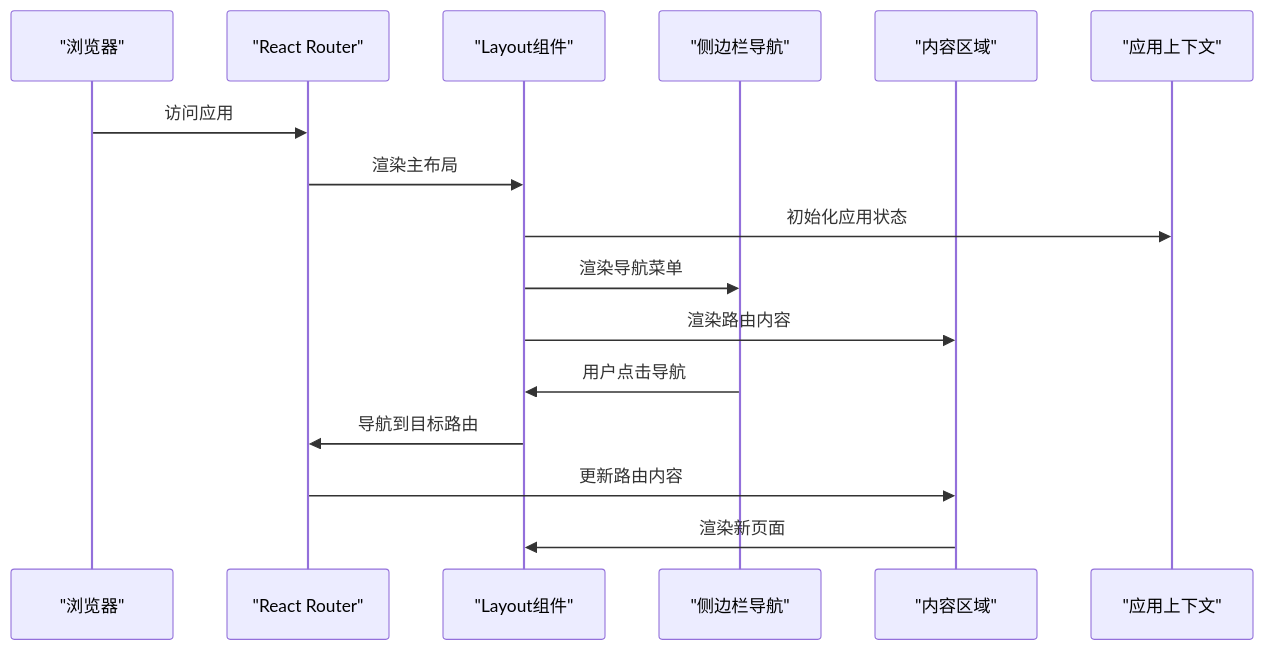
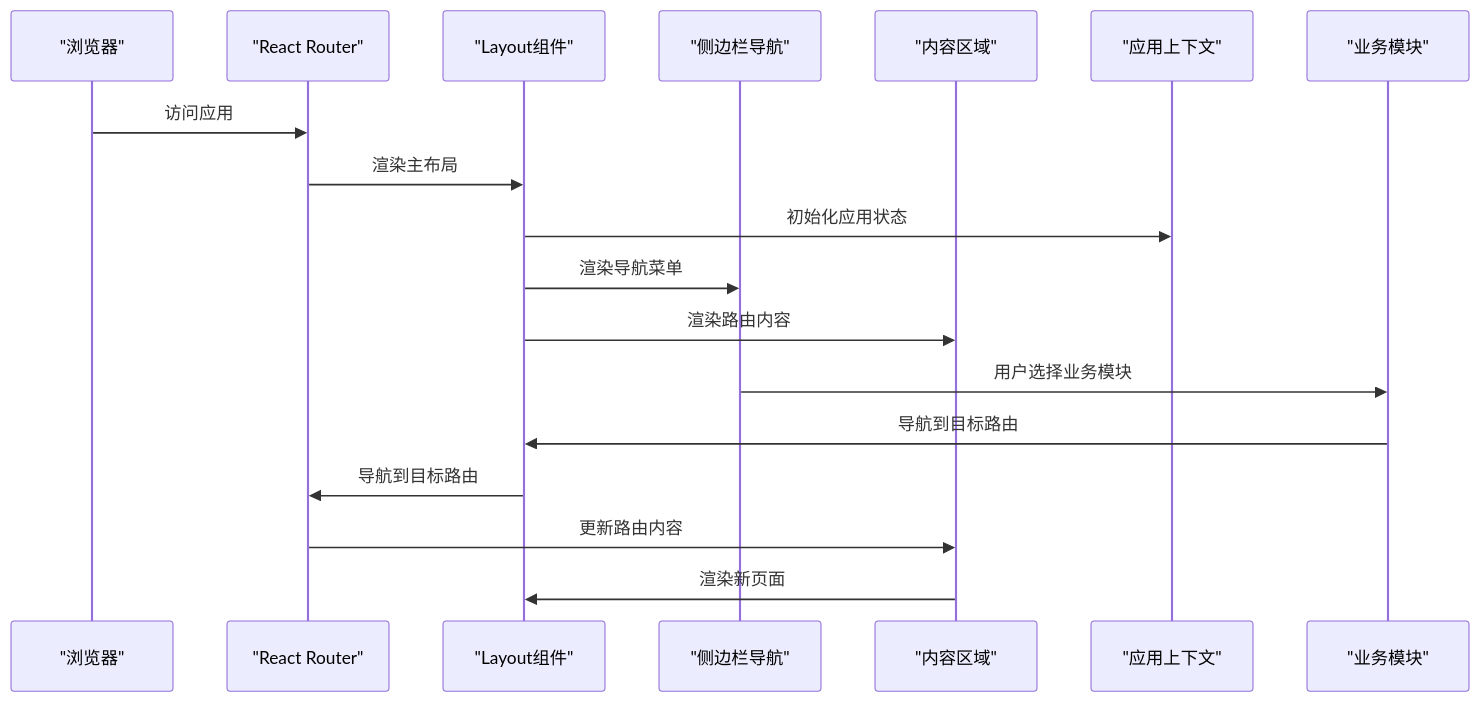
Before and after one commit to chinak/permission_apply: the fourth of 13 diagrams in .qoder/repowiki/zh/content/路由和导航系统/路由和导航系统.md, drawn with Mermaid. The commit also changed other lines of this file and 94 other files, not shown here.

````diff
--- a/.qoder/repowiki/zh/content/路由和导航系统/路由和导航系统.md
+++ b/.qoder/repowiki/zh/content/路由和导航系统/路由和导航系统.md
@@ -134,18 +174,20 @@
 ```mermaid
 sequenceDiagram
 participant Browser as "浏览器"
 participant Router as "React Router"
 participant Layout as "Layout组件"
 participant Sidebar as "侧边栏导航"
 participant Content as "内容区域"
 participant Context as "应用上下文"
+participant Business as "业务模块"
 Browser->>Router : 访问应用
 Router->>Layout : 渲染主布局
 Layout->>Context : 初始化应用状态
 Layout->>Sidebar : 渲染导航菜单
 Layout->>Content : 渲染路由内容
-Sidebar->>Layout : 用户点击导航
+Sidebar->>Business : 用户选择业务模块
+Business->>Layout : 导航到目标路由
 Layout->>Router : 导航到目标路由
 Router->>Content : 更新路由内容
 Content->>Layout : 渲染新页面
 ```
````
